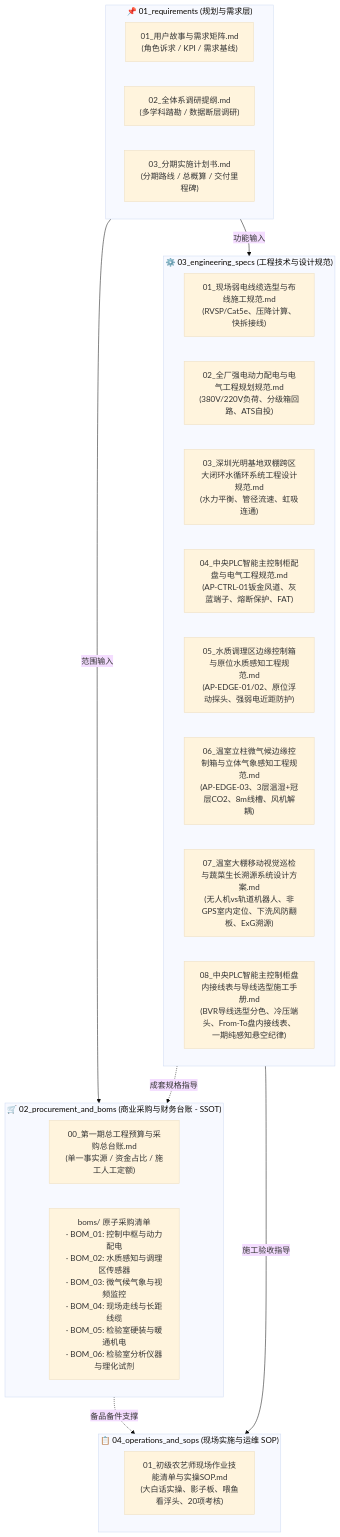
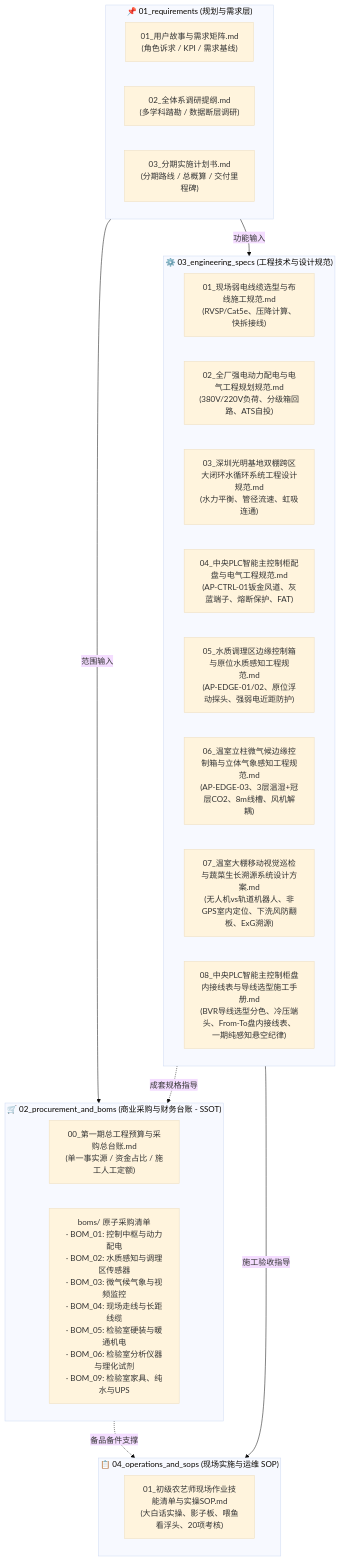
Before and after one commit to digitalboy/aquaponics: the diagram in docs/02_requirements_and_plans/README.md, drawn with Mermaid (base theme). The commit also changed other lines of this file and 4 other files, not shown here.

````diff
--- a/docs/02_requirements_and_plans/README.md
+++ b/docs/02_requirements_and_plans/README.md
@@ -13,34 +13,34 @@
 ```mermaid
 graph TD
     subgraph L1 ["📌 01_requirements (规划与需求层)"]
         Req1["01_用户故事与需求矩阵.md<br>(角色诉求 / KPI / 需求基线)"]
         Req2["02_全体系调研提纲.md<br>(多学科踏勘 / 数据断层调研)"]
         Req3["03_分期实施计划书.md<br>(分期路线 / 总概算 / 交付里程碑)"]
     end
 
     subgraph L2 ["🛒 02_procurement_and_boms (商业采购与财务台账 - SSOT)"]
         Ledger["00_第一期总工程预算与采购总台账.md<br>(单一事实源 / 资金占比 / 施工人工定额)"]
-        BOMs["boms/ 原子采购清单<br>· BOM_01: 控制中枢与动力配电<br>· BOM_02: 水质感知与调理区传感器<br>· BOM_03: 微气候气象与视频监控<br>· BOM_04: 现场走线与长距线缆<br>· BOM_05: 检验室硬装与暖通机电<br>· BOM_06: 检验室分析仪器与理化试剂"]
+        BOMs["boms/ 原子采购清单<br>· BOM_01: 控制中枢与动力配电<br>· BOM_02: 水质感知与调理区传感器<br>· BOM_03: 微气候气象与视频监控<br>· BOM_04: 现场走线与长距线缆<br>· BOM_05: 检验室硬装与暖通机电<br>· BOM_06: 检验室分析仪器与理化试剂<br>· BOM_09: 检验室家具、纯水与UPS"]
     end
 
     subgraph L3 ["⚙️ 03_engineering_specs (工程技术与设计规范)"]
         Spec1["01_现场弱电线缆选型与布线施工规范.md<br>(RVSP/Cat5e、压降计算、快拆接线)"]
         Spec2["02_全厂强电动力配电与电气工程规划规范.md<br>(380V/220V负荷、分级箱回路、ATS自投)"]
         Spec3["03_深圳光明基地双棚跨区大闭环水循环系统工程设计规范.md<br>(水力平衡、管径流速、虹吸连通)"]
         Spec4["04_中央PLC智能主控制柜配盘与电气工程规范.md<br>(AP-CTRL-01钣金风道、灰蓝端子、熔断保护、FAT)"]
         Spec5["05_水质调理区边缘控制箱与原位水质感知工程规范.md<br>(AP-EDGE-01/02、原位浮动探头、强弱电近距防护)"]
         Spec6["06_温室立柱微气候边缘控制箱与立体气象感知工程规范.md<br>(AP-EDGE-03、3层温湿+冠层CO2、8m线槽、风机解耦)"]
         Spec7["07_温室大棚移动视觉巡检与蔬菜生长溯源系统设计方案.md<br>(无人机vs轨道机器人、非GPS室内定位、下洗风防翻板、ExG溯源)"]
         Spec8["08_中央PLC智能主控制柜盘内接线表与导线选型施工手册.md<br>(BVR导线选型分色、冷压端头、From-To盘内接线表、一期纯感知悬空纪律)"]
     end
 
     subgraph L4 ["📋 04_operations_and_sops (现场实施与运维 SOP)"]
         SOP1["01_初级农艺师现场作业技能清单与实操SOP.md<br>(大白话实操、影子板、喂鱼看浮头、20项考核)"]
     end
 
     L1 -->|范围输入| L2
     L1 -->|功能输入| L3
     L3 -.->|成套规格指导| L2
     L3 -->|施工验收指导| L4
     L2 -.->|备品备件支撑| L4
 ```
````
